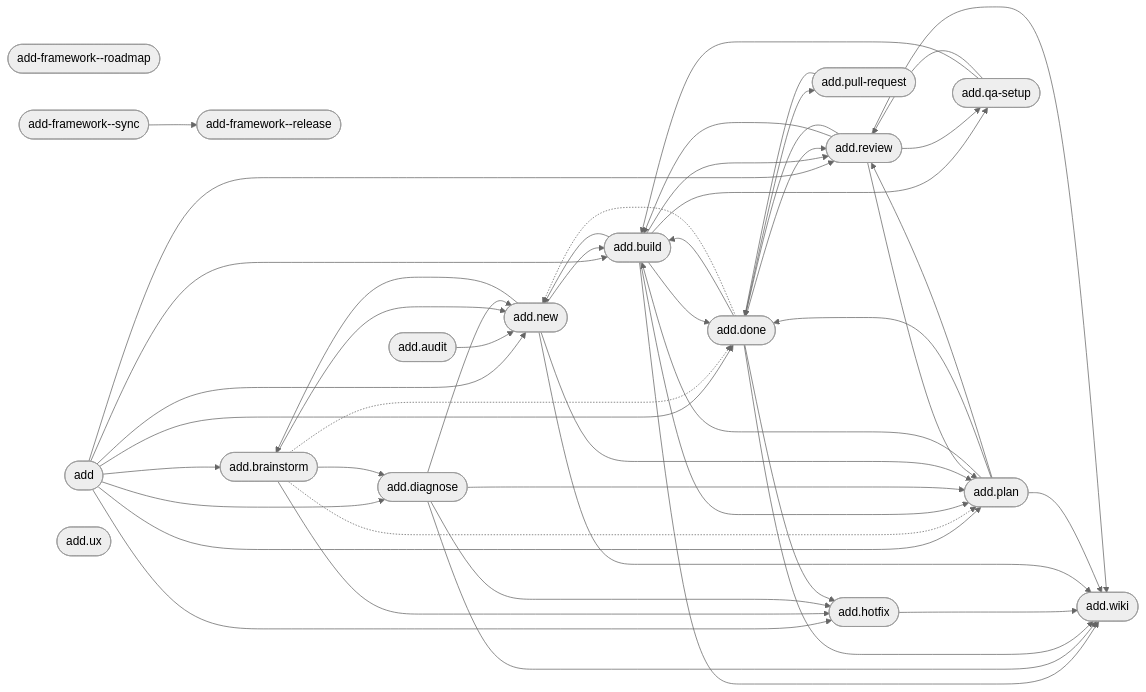
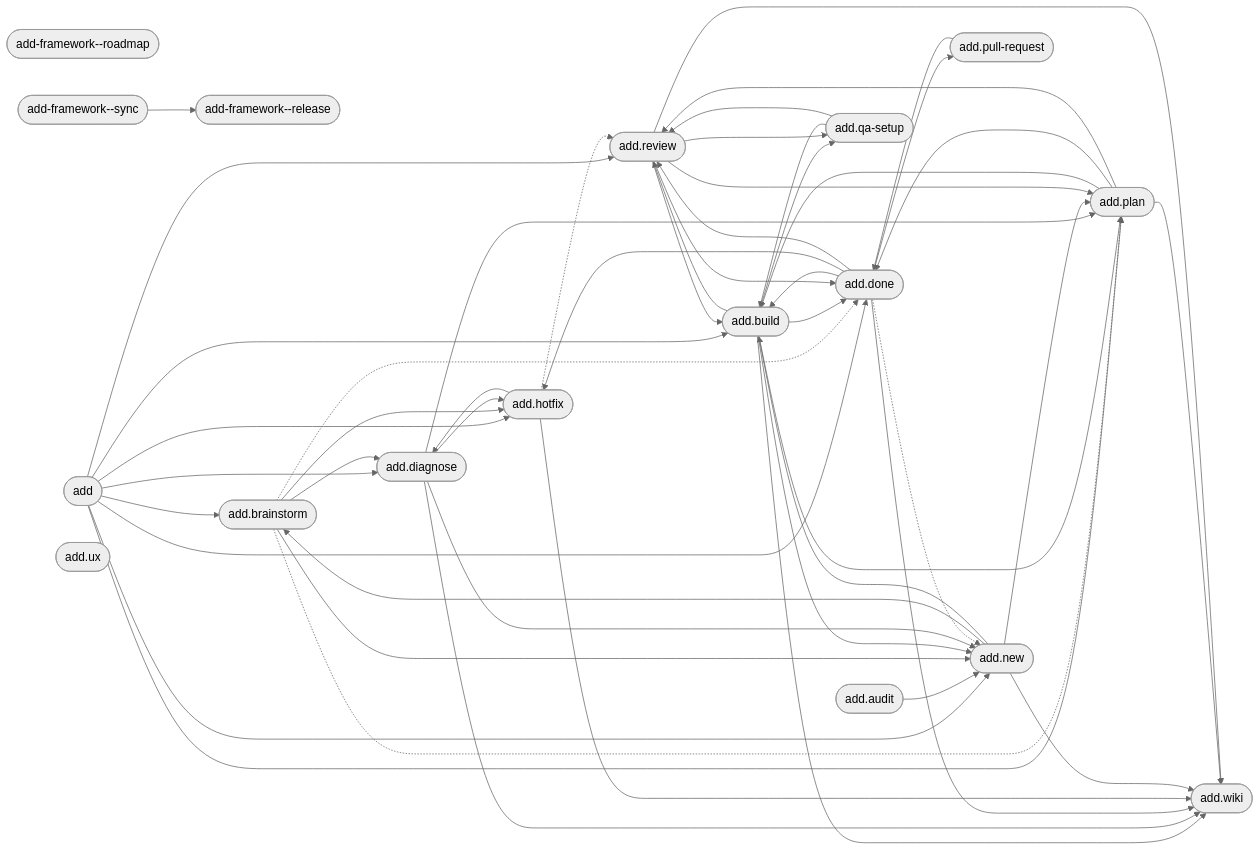
The diagram in web/public/artefact-graph.mmd (brabos-ai/code-addiction), drawn with Mermaid (neutral theme) before and after one commit. The commit also changed 1 other file, not shown here.

Commit message:
chore: inventory hotfix-gates.sh and refresh command graph
F-Block: F7

```diff
--- a/web/public/artefact-graph.mmd
+++ b/web/public/artefact-graph.mmd
@@ -1,66 +1,68 @@
 flowchart LR
     n_internal_command_add_framework__release(["add-framework--release"])
     n_internal_command_add_framework__roadmap(["add-framework--roadmap"])
     n_internal_command_add_framework__sync(["add-framework--sync"])
     n_product_command_add(["add"])
     n_product_command_add_audit(["add.audit"])
     n_product_command_add_brainstorm(["add.brainstorm"])
     n_product_command_add_build(["add.build"])
     n_product_command_add_diagnose(["add.diagnose"])
     n_product_command_add_done(["add.done"])
     n_product_command_add_hotfix(["add.hotfix"])
     n_product_command_add_new(["add.new"])
     n_product_command_add_plan(["add.plan"])
     n_product_command_add_pull_request(["add.pull-request"])
     n_product_command_add_qa_setup(["add.qa-setup"])
     n_product_command_add_review(["add.review"])
     n_product_command_add_ux(["add.ux"])
     n_product_command_add_wiki(["add.wiki"])
     n_internal_command_add_framework__sync --> n_internal_command_add_framework__release
     n_product_command_add --> n_product_command_add_brainstorm
     n_product_command_add --> n_product_command_add_build
     n_product_command_add --> n_product_command_add_diagnose
     n_product_command_add --> n_product_command_add_done
     n_product_command_add --> n_product_command_add_hotfix
     n_product_command_add --> n_product_command_add_new
     n_product_command_add --> n_product_command_add_plan
     n_product_command_add --> n_product_command_add_review
     n_product_command_add_audit --> n_product_command_add_new
     n_product_command_add_brainstorm --> n_product_command_add_diagnose
     n_product_command_add_brainstorm --> n_product_command_add_hotfix
     n_product_command_add_brainstorm --> n_product_command_add_new
     n_product_command_add_brainstorm -.-> n_product_command_add_done
     n_product_command_add_brainstorm -.-> n_product_command_add_plan
     n_product_command_add_build --> n_product_command_add_done
     n_product_command_add_build --> n_product_command_add_new
     n_product_command_add_build --> n_product_command_add_plan
     n_product_command_add_build --> n_product_command_add_qa_setup
     n_product_command_add_build --> n_product_command_add_review
     n_product_command_add_build --> n_product_command_add_wiki
     n_product_command_add_diagnose --> n_product_command_add_hotfix
     n_product_command_add_diagnose --> n_product_command_add_new
     n_product_command_add_diagnose --> n_product_command_add_plan
     n_product_command_add_diagnose --> n_product_command_add_wiki
     n_product_command_add_done --> n_product_command_add_build
     n_product_command_add_done --> n_product_command_add_hotfix
     n_product_command_add_done --> n_product_command_add_pull_request
     n_product_command_add_done --> n_product_command_add_review
     n_product_command_add_done --> n_product_command_add_wiki
     n_product_command_add_done -.-> n_product_command_add_new
+    n_product_command_add_hotfix --> n_product_command_add_diagnose
     n_product_command_add_hotfix --> n_product_command_add_wiki
+    n_product_command_add_hotfix -.-> n_product_command_add_review
     n_product_command_add_new --> n_product_command_add_brainstorm
     n_product_command_add_new --> n_product_command_add_build
     n_product_command_add_new --> n_product_command_add_plan
     n_product_command_add_new --> n_product_command_add_wiki
     n_product_command_add_plan --> n_product_command_add_build
     n_product_command_add_plan --> n_product_command_add_done
     n_product_command_add_plan --> n_product_command_add_review
     n_product_command_add_plan --> n_product_command_add_wiki
     n_product_command_add_pull_request --> n_product_command_add_done
     n_product_command_add_qa_setup --> n_product_command_add_build
     n_product_command_add_qa_setup --> n_product_command_add_review
     n_product_command_add_review --> n_product_command_add_build
     n_product_command_add_review --> n_product_command_add_done
     n_product_command_add_review --> n_product_command_add_plan
     n_product_command_add_review --> n_product_command_add_qa_setup
     n_product_command_add_review --> n_product_command_add_wiki
```
